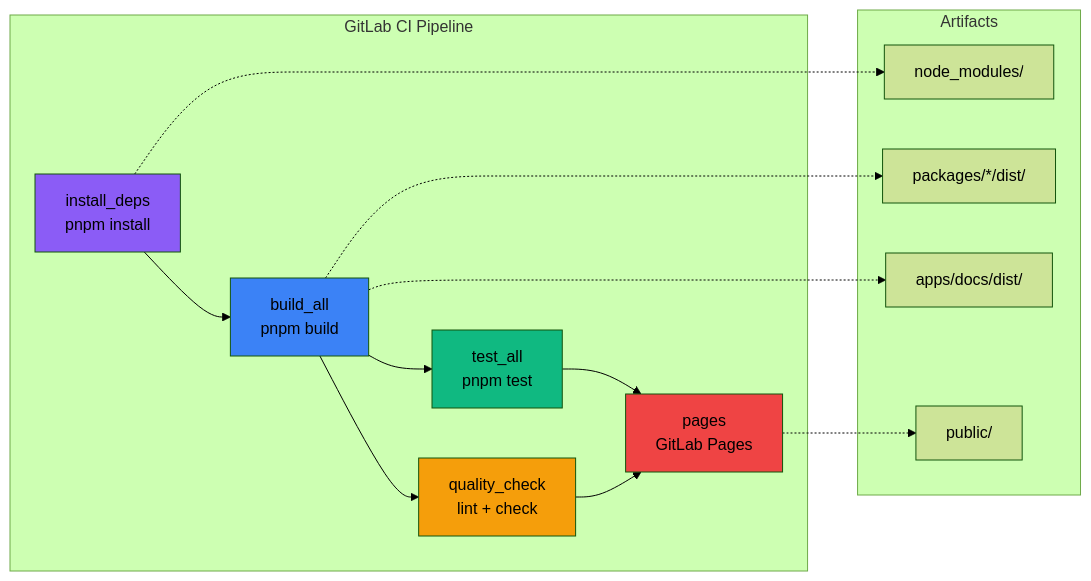
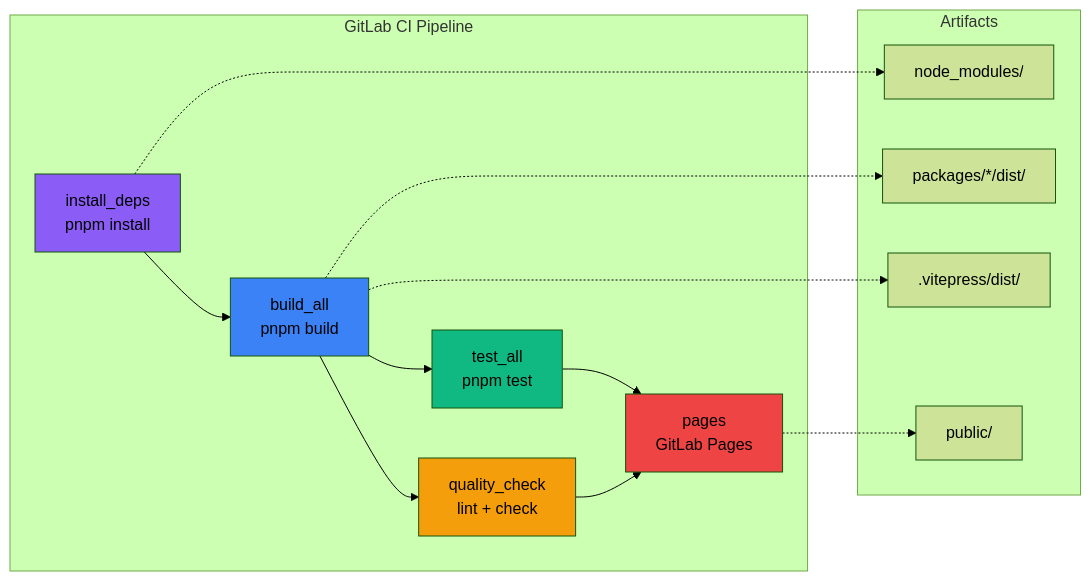
One commit to mainzcript/ujl changed the third of 12 diagrams in apps/docs/src/arc42/07-deployment-view.md. Above: the diagram before and after it, drawn with Mermaid (forest theme). The commit also changed 4 other files, not shown here.

Commit message:
refactor: update architecture documentation to standardize API base URL references and clarify node ID definitions, enhancing consistency and clarity across sections

````diff
--- a/apps/docs/src/arc42/07-deployment-view.md
+++ b/apps/docs/src/arc42/07-deployment-view.md
@@ -166,34 +166,34 @@
 ```mermaid
 graph LR
     subgraph "GitLab CI Pipeline"
         Install[install_deps<br/>pnpm install]
         Build[build_all<br/>pnpm build]
         Test[test_all<br/>pnpm test]
         Quality[quality_check<br/>lint + check]
         Deploy[pages<br/>GitLab Pages]
     end
 
     subgraph "Artifacts"
         Deps[node_modules/]
         Dist[packages/*/dist/]
-        DocsOutput[apps/docs/dist/]
+        DocsOutput[.vitepress/dist/]
         Public[public/]
     end
 
     Install --> Build
     Build --> Test
     Build --> Quality
     Test --> Deploy
     Quality --> Deploy
 
     Install -.-> Deps
     Build -.-> Dist
     Build -.-> DocsOutput
     Deploy -.-> Public
 
     style Install fill:#8b5cf6
     style Build fill:#3b82f6
     style Test fill:#10b981
     style Quality fill:#f59e0b
     style Deploy fill:#ef4444
 ```
````
